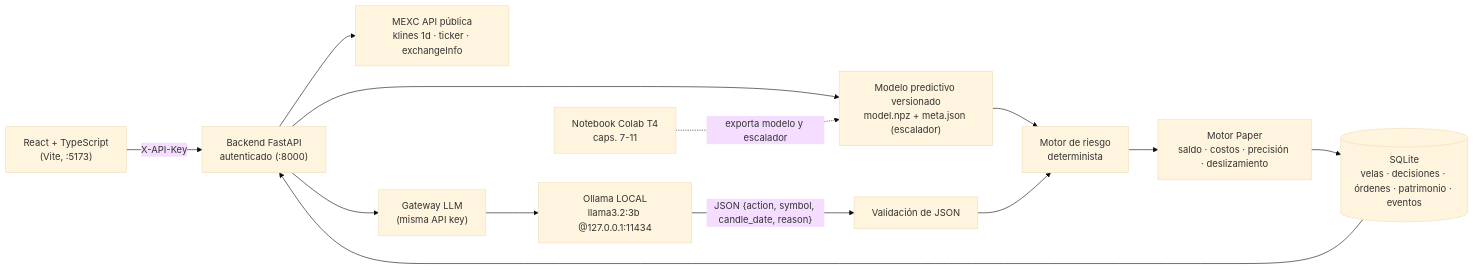
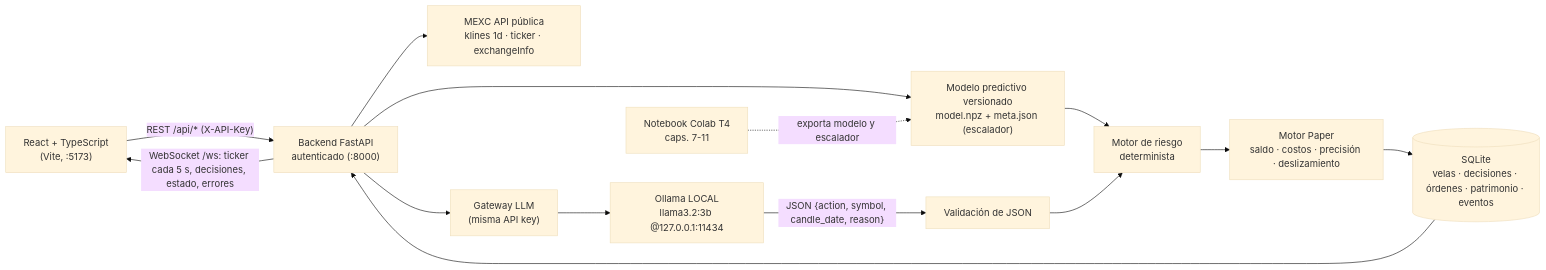
One commit to Vicpro10/bot-financiero-dl changed the diagram in README.md. Above: the diagram before and after it, drawn with Mermaid (base theme). The commit also changed other lines of this file and 18 other files, not shown here.

First line of the commit message:
v1.1: Entry/Long/Short en Paper, WebSocket en vivo, grafico de velas, stop-loss y metricas de riesgo

````diff
--- a/README.md
+++ b/README.md
@@ -39,13 +39,14 @@
 ```mermaid
 flowchart LR
-  UI["React + TypeScript<br/>(Vite, :5173)"] -- "X-API-Key" --> API["Backend FastAPI<br/>autenticado (:8000)"]
+  UI["React + TypeScript<br/>(Vite, :5173)"] -- "REST /api/* (X-API-Key)" --> API["Backend FastAPI<br/>autenticado (:8000)"]
+  API -- "WebSocket /ws: ticker cada 5 s, decisiones, estado, errores" --> UI
   API --> MX["MEXC API pública<br/>klines 1d · ticker · exchangeInfo"]
   API --> MOD["Modelo predictivo versionado<br/>model.npz + meta.json (escalador)"]
   API --> GW["Gateway LLM<br/>(misma API key)"] --> OL["Ollama LOCAL<br/>llama3.2:3b @127.0.0.1:11434"]
   MOD --> RISK["Motor de riesgo<br/>determinista"]
   OL -->|"JSON {action, symbol, candle_date, reason}"| VAL["Validación de JSON"] --> RISK
   RISK --> PAPER["Motor Paper<br/>saldo · costos · precisión · deslizamiento"]
   PAPER --> DB[("SQLite<br/>velas · decisiones · órdenes · patrimonio · eventos")]
   DB --> API
   NB["Notebook Colab T4<br/>caps. 7-11"] -. "exporta modelo y escalador" .-> MOD
 ```
````
